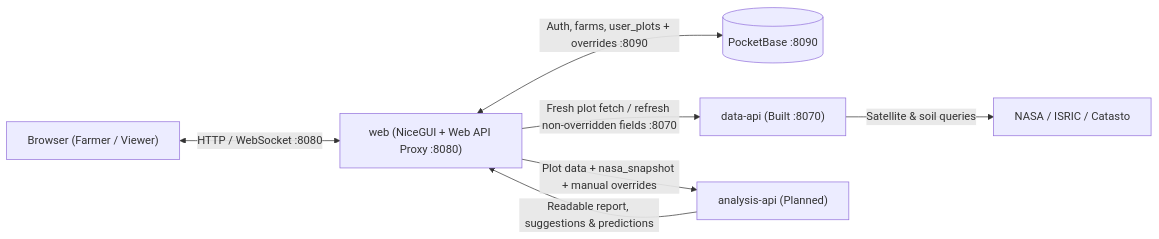
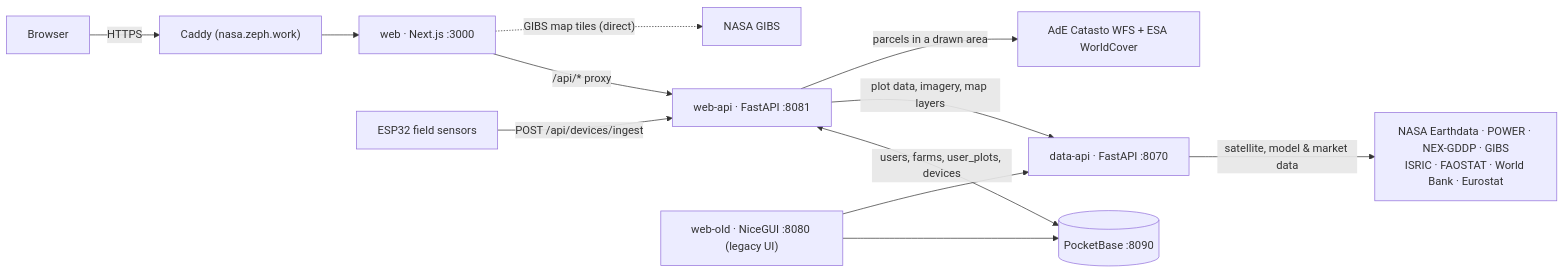
The diagram in README.md (ZephyrCodesStuff/NASA-SAC-26), drawn with Mermaid before and after one commit. The commit also changed other lines of this file, not shown here.

Commit message:
docs: update README for the current architecture, services, data and credits

````diff
--- a/README.md
+++ b/README.md
@@ -19,9 +18,14 @@
 ```mermaid
 flowchart LR
-    Browser["Browser (Farmer / Viewer)"] <-->|HTTP / WebSocket :8080| Web["web (NiceGUI + Web API Proxy :8080)"]
-    Web <-->|"Auth, farms, user_plots + overrides :8090"| PB[("PocketBase :8090")]
-    Web -->|"Fresh plot fetch / refresh non-overridden fields :8070"| DataAPI["data-api (Built :8070)"]
-    DataAPI -->|"Satellite & soil queries"| NASA["NASA / ISRIC / Catasto"]
-    Web -->|"Plot data + nasa_snapshot + manual overrides"| AnalysisAPI["analysis-api (Planned)"]
-    AnalysisAPI -->|"Readable report, suggestions & predictions"| Web
+    Browser["Browser"] -->|HTTPS| Caddy["Caddy (nasa.zeph.work)"]
+    Caddy --> Web["web · Next.js :3000"]
+    Web -->|"/api/* proxy"| WebAPI["web-api · FastAPI :8081"]
+    ESP32["ESP32 field sensors"] -->|"POST /api/devices/ingest"| WebAPI
+    WebAPI <-->|"users, farms, user_plots, devices"| PB[("PocketBase :8090")]
+    WebAPI -->|"plot data, imagery, map layers"| DataAPI["data-api · FastAPI :8070"]
+    WebAPI -->|"parcels in a drawn area"| Catasto["AdE Catasto WFS + ESA WorldCover"]
+    DataAPI -->|"satellite, model & market data"| Sources["NASA Earthdata · POWER · NEX-GDDP · GIBS<br/>ISRIC · FAOSTAT · World Bank · Eurostat"]
+    Web -.->|"GIBS map tiles (direct)"| GIBS["NASA GIBS"]
+    WebOld["web-old · NiceGUI :8080 (legacy UI)"] --> PB
+    WebOld --> DataAPI
 ```
````
